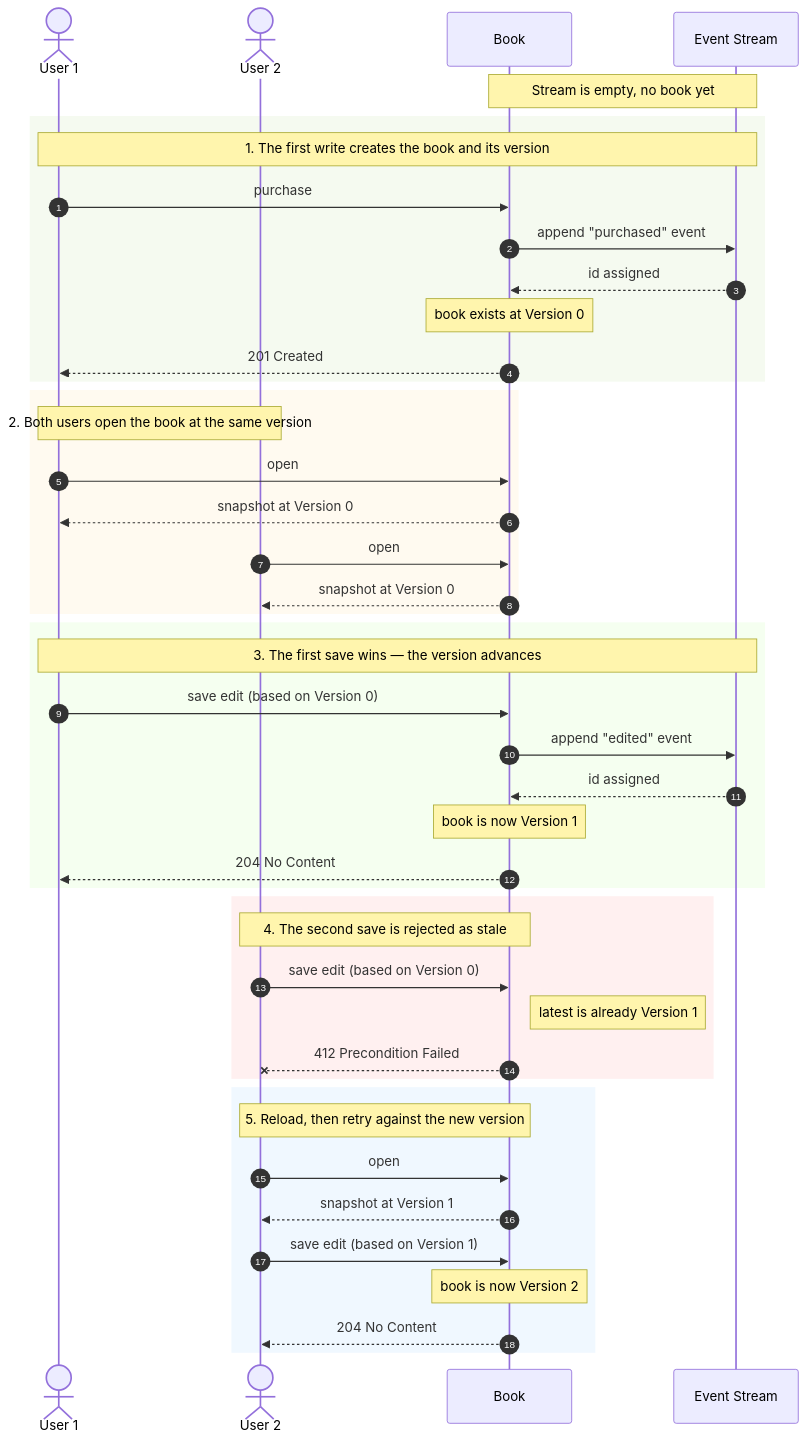
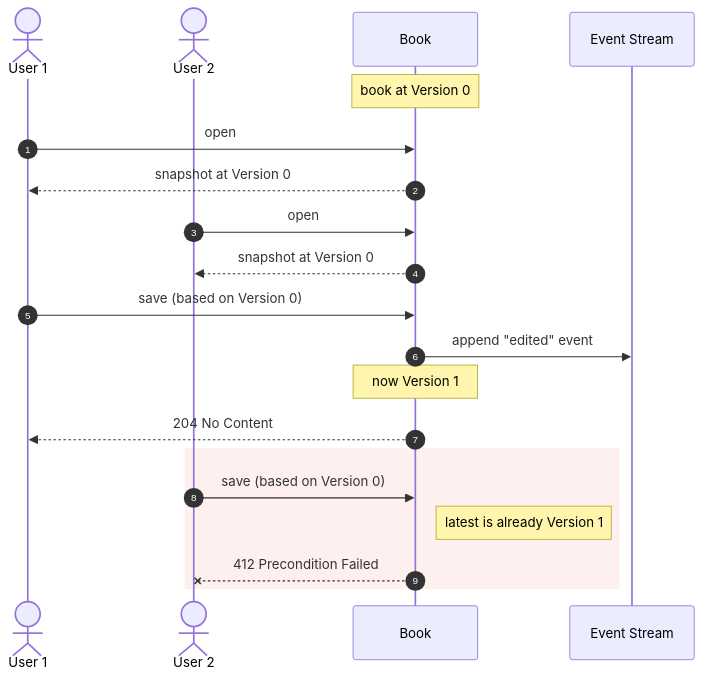
Before and after one commit to dxfrontiers/opencqrs-samples: the diagram in optimistic-locking/README.md, drawn with Mermaid.

Commit message:
update README to refine optimistic locking sequence and clarify versioning details

````diff
--- a/optimistic-locking/README.md
+++ b/optimistic-locking/README.md
@@ -49,52 +49,26 @@
 ```mermaid
 sequenceDiagram
     autonumber
     actor U1 as User 1
     actor U2 as User 2
     participant B as Book
     participant S as Event Stream
 
-    Note over B,S: Stream is empty, no book yet
+    Note over B: book at Version 0
 
-    rect rgb(245,250,240)
-    Note over U1,S: 1. The first write creates the book and its version
-    U1->>B: purchase
-    B->>S: append "purchased" event
-    S-->>B: id assigned
-    Note over B: book exists at Version 0
-    B-->>U1: 201 Created
-    end
-
-    rect rgb(255,250,240)
-    Note over U1,U2: 2. Both users open the book at the same version
     U1->>B: open
     B-->>U1: snapshot at Version 0
     U2->>B: open
     B-->>U2: snapshot at Version 0
-    end
 
-    rect rgb(245,255,240)
-    Note over U1,S: 3. The first save wins — the version advances
-    U1->>B: save edit (based on Version 0)
+    U1->>B: save (based on Version 0)
     B->>S: append "edited" event
-    S-->>B: id assigned
-    Note over B: book is now Version 1
+    Note over B: now Version 1
     B-->>U1: 204 No Content
-    end
 
     rect rgb(255,240,240)
-    Note over U2,B: 4. The second save is rejected as stale
-    U2->>B: save edit (based on Version 0)
+    U2->>B: save (based on Version 0)
     Note right of B: latest is already Version 1
     B--xU2: 412 Precondition Failed
     end
-
-    rect rgb(240,248,255)
-    Note over U2,B: 5. Reload, then retry against the new version
-    U2->>B: open
-    B-->>U2: snapshot at Version 1
-    U2->>B: save edit (based on Version 1)
-    Note over B: book is now Version 2
-    B-->>U2: 204 No Content
-    end
 ```
````
